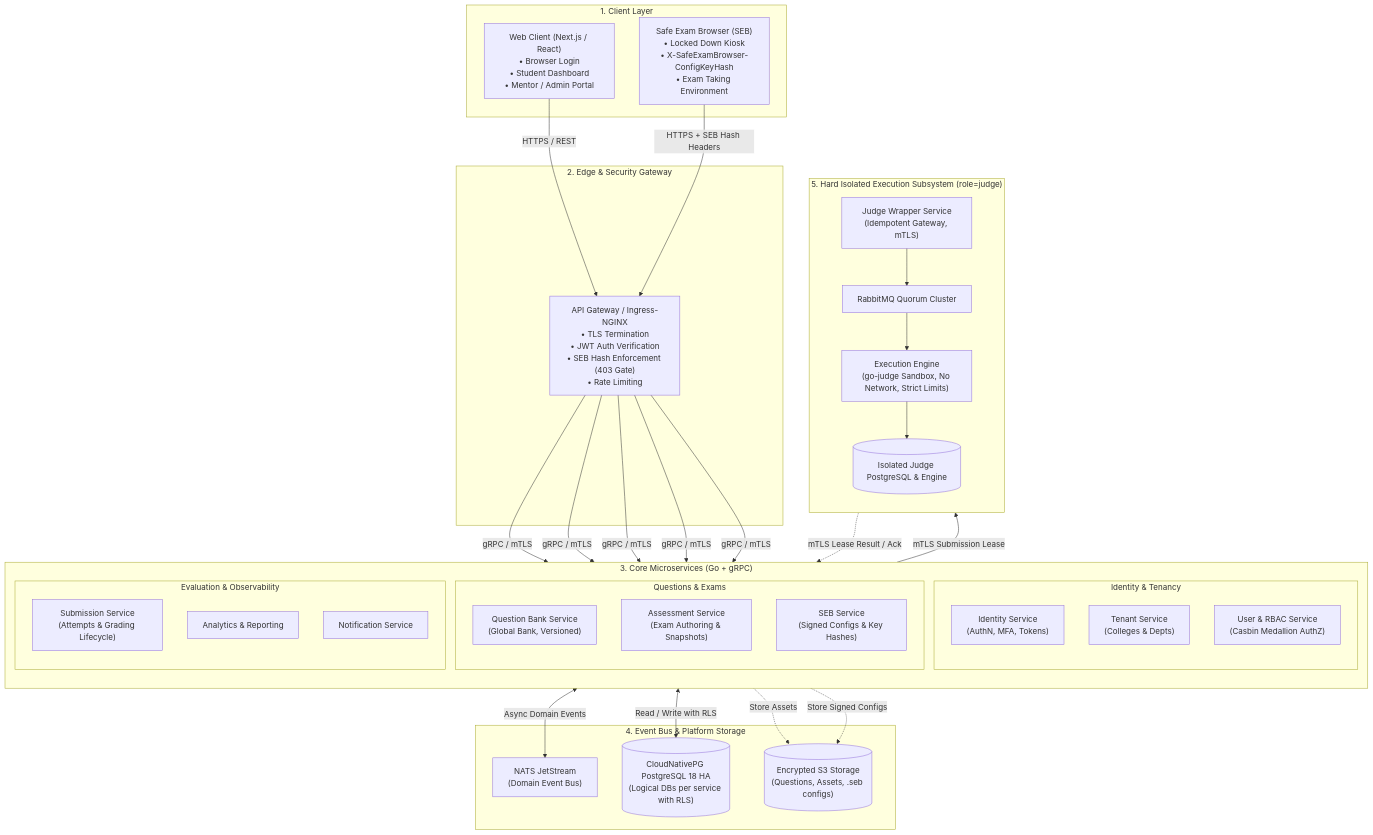
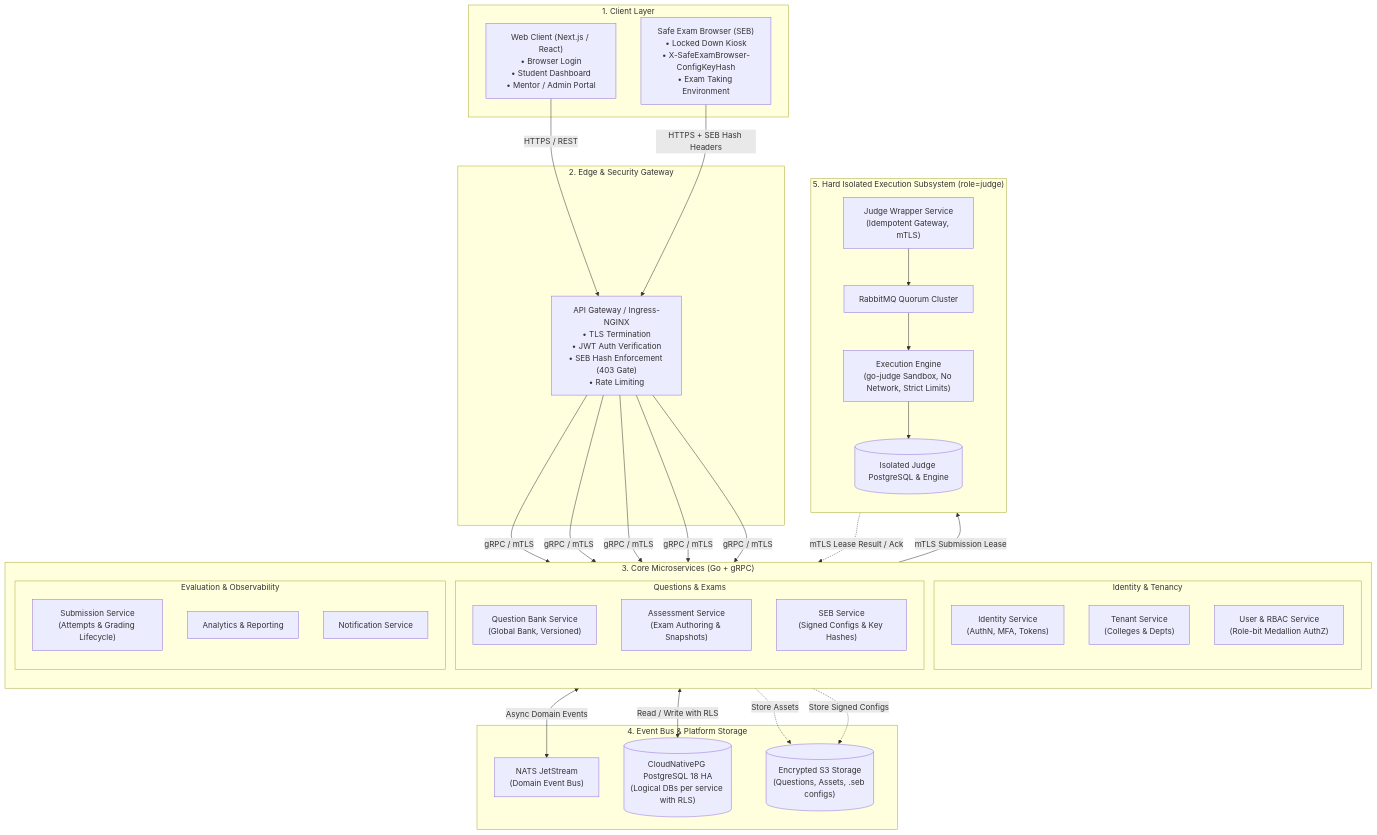
One commit to stjosephsplacements/AetherCode changed the diagram in docs/architecture/ARCHITECTURE_DIAGRAM.md. Above: the diagram before and after it, drawn with Mermaid. The commit also changed 58 other files, not shown here.

````diff
--- a/docs/architecture/ARCHITECTURE_DIAGRAM.md
+++ b/docs/architecture/ARCHITECTURE_DIAGRAM.md
@@ -3,71 +3,71 @@
 ```mermaid
 flowchart TB
     subgraph Clients["1. Client Layer"]
         WebApp["Web Client (Next.js / React)<br/>• Browser Login<br/>• Student Dashboard<br/>• Mentor / Admin Portal"]
         SEBClient["Safe Exam Browser (SEB)<br/>• Locked Down Kiosk<br/>• X-SafeExamBrowser-ConfigKeyHash<br/>• Exam Taking Environment"]
     end
 
     subgraph Edge["2. Edge & Security Gateway"]
         Gateway["API Gateway / Ingress-NGINX<br/>• TLS Termination<br/>• JWT Auth Verification<br/>• SEB Hash Enforcement (403 Gate)<br/>• Rate Limiting"]
     end
 
     subgraph PlatformServices["3. Core Microservices (Go + gRPC)"]
         direction TB
         subgraph AuthAndOrg["Identity & Tenancy"]
             Identity["Identity Service<br/>(AuthN, MFA, Tokens)"]
             Tenant["Tenant Service<br/>(Colleges & Depts)"]
-            UserSvc["User & RBAC Service<br/>(Casbin Medallion AuthZ)"]
+            UserSvc["User & RBAC Service<br/>(Role-bit Medallion AuthZ)"]
         end
 
         subgraph Assessments["Questions & Exams"]
             QBank["Question Bank Service<br/>(Global Bank, Versioned)"]
             Assessment["Assessment Service<br/>(Exam Authoring & Snapshots)"]
             SEBSvc["SEB Service<br/>(Signed Configs & Key Hashes)"]
         end
 
         subgraph Execution["Evaluation & Observability"]
             Submission["Submission Service<br/>(Attempts & Grading Lifecycle)"]
             Analytics["Analytics & Reporting"]
             Notification["Notification Service"]
         end
     end
 
     subgraph MessagingStorage["4. Event Bus & Platform Storage"]
         NATS["NATS JetStream<br/>(Domain Event Bus)"]
         PlatformDB[("CloudNativePG PostgreSQL 18 HA<br/>(Logical DBs per service with RLS)")]
         S3Storage[("Encrypted S3 Storage<br/>(Questions, Assets, .seb configs)")]
     end
 
     subgraph JudgeIsolation["5. Hard Isolated Execution Subsystem (role=judge)"]
         direction TB
         JudgeWrapper["Judge Wrapper Service<br/>(Idempotent Gateway, mTLS)"]
         RabbitMQ["RabbitMQ Quorum Cluster"]
         JudgeWorkers["Execution Engine<br/>(go-judge Sandbox, No Network, Strict Limits)"]
         JudgeDB[("Isolated Judge PostgreSQL & Engine")]
 
         JudgeWrapper --> RabbitMQ
         RabbitMQ --> JudgeWorkers
         JudgeWorkers --> JudgeDB
     end
 
     %% Client to Edge
     WebApp -->|HTTPS / REST| Gateway
     SEBClient -->|HTTPS + SEB Hash Headers| Gateway
 
     %% Gateway to Services
     Gateway -->|gRPC / mTLS| Identity
     Gateway -->|gRPC / mTLS| UserSvc
     Gateway -->|gRPC / mTLS| Assessment
     Gateway -->|gRPC / mTLS| Submission
     Gateway -->|gRPC / mTLS| SEBSvc
 
     %% Core Services interactions
     PlatformServices <-->|Async Domain Events| NATS
     PlatformServices <-->|Read / Write with RLS| PlatformDB
     QBank -.->|Store Assets| S3Storage
     SEBSvc -.->|Store Signed Configs| S3Storage
 
     %% Submission to Judge
     Submission -->|mTLS Submission Lease| JudgeWrapper
     JudgeWrapper -.->|mTLS Lease Result / Ack| Submission
 ```
````
